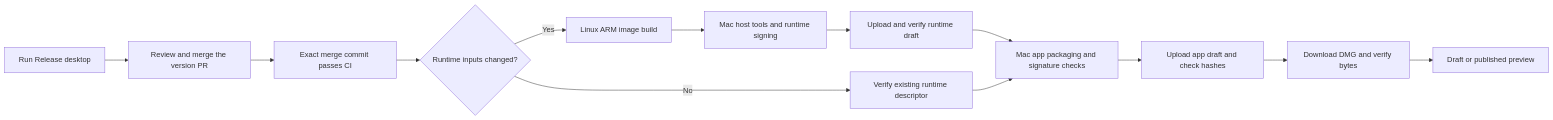
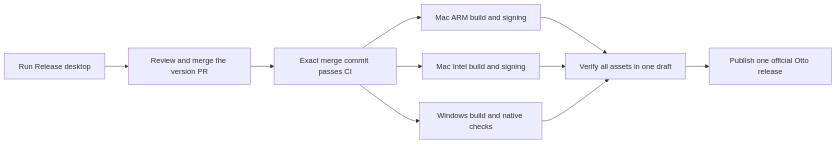
One commit to KrishBhimani/nod changed the diagram in desktop/RELEASING.md. Above: the diagram before and after it, drawn with Mermaid. The commit also changed other lines of this file and 30 other files, not shown here.

First line of the commit message:
feat(release): publish three Otto binaries and select CI checks by changed code

````diff
--- a/desktop/RELEASING.md
+++ b/desktop/RELEASING.md
@@ -61,15 +61,12 @@
 ```mermaid
 flowchart LR
   P[Run Release desktop] --> M[Review and merge the version PR]
   M --> C[Exact merge commit passes CI]
-  C --> R{Runtime inputs changed?}
-  R -->|Yes| I[Linux ARM image build]
-  I --> H[Mac host tools and runtime signing]
-  H --> V[Upload and verify runtime draft]
-  R -->|No| D[Verify existing runtime descriptor]
-  V --> A[Mac app packaging and signature checks]
-  D --> A
-  A --> U[Upload app draft and check hashes]
-  U --> Q[Download DMG and verify bytes]
-  Q --> F[Draft or published preview]
+  C --> A[Mac ARM build and signing]
+  C --> I[Mac Intel build and signing]
+  C --> W[Windows build and native checks]
+  A --> V[Verify all assets in one draft]
+  I --> V
+  W --> V
+  V --> R[Publish one official Otto release]
 ```
````
